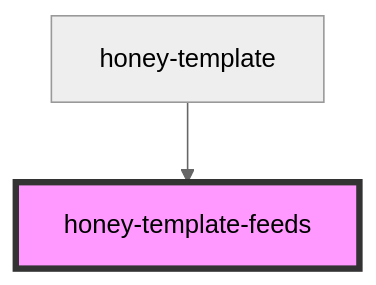
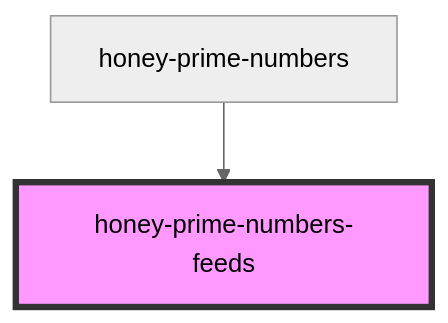
The diagram in src/components/honey-news/feeds/readme.md (Huluvu424242/honey-prime-numbers), drawn with Mermaid (neutral theme) before and after one commit. The commit also changed other lines of this file and 23 other files, not shown here.

````diff
--- a/src/components/honey-news/feeds/readme.md
+++ b/src/components/honey-news/feeds/readme.md
@@ -22,5 +22,5 @@
 ```mermaid
 graph TD;
-  honey-template --> honey-template-feeds
-  style honey-template-feeds fill:#f9f,stroke:#333,stroke-width:4px
+  honey-prime-numbers --> honey-prime-numbers-feeds
+  style honey-prime-numbers-feeds fill:#f9f,stroke:#333,stroke-width:4px
 ```
````
